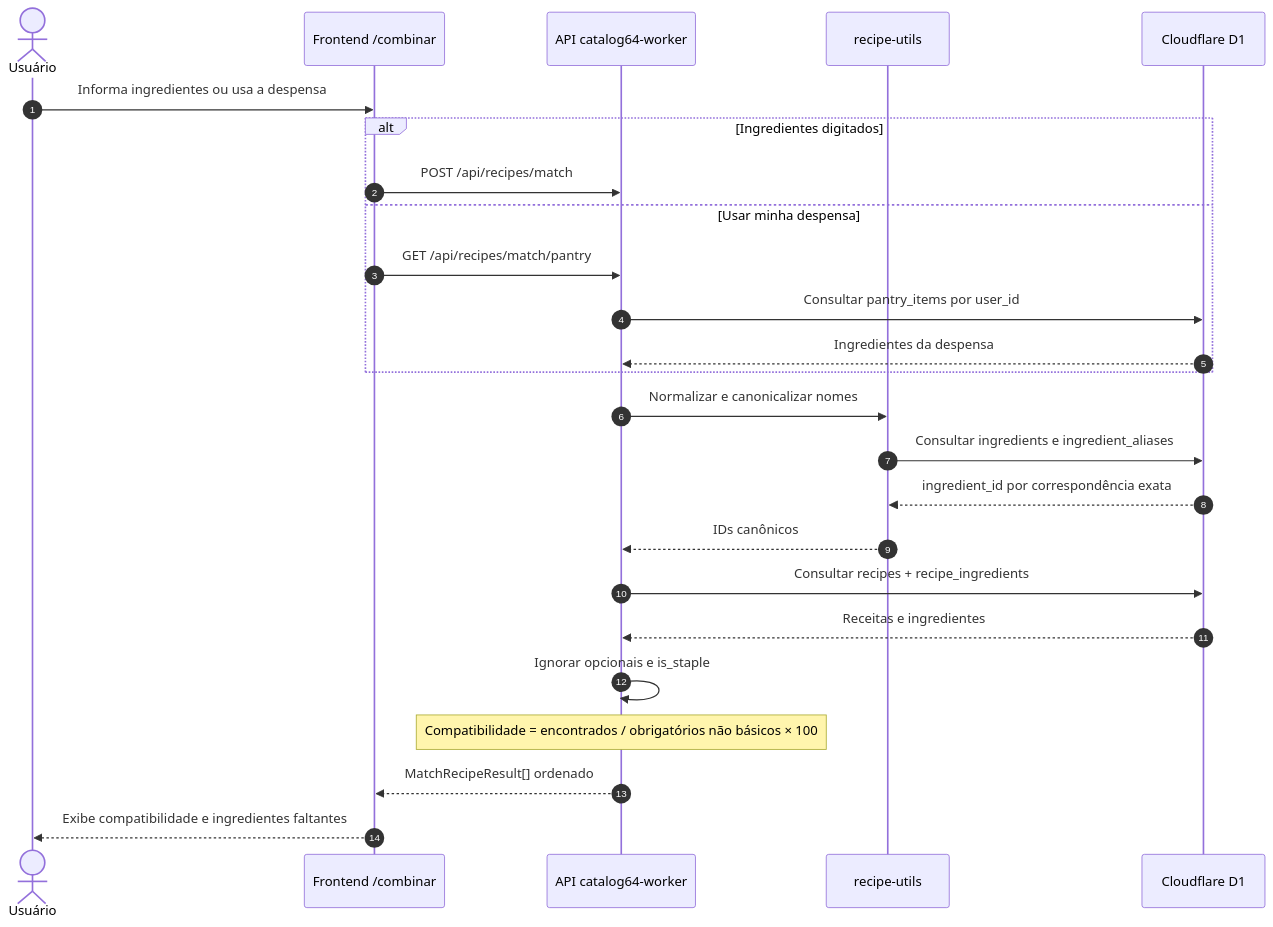
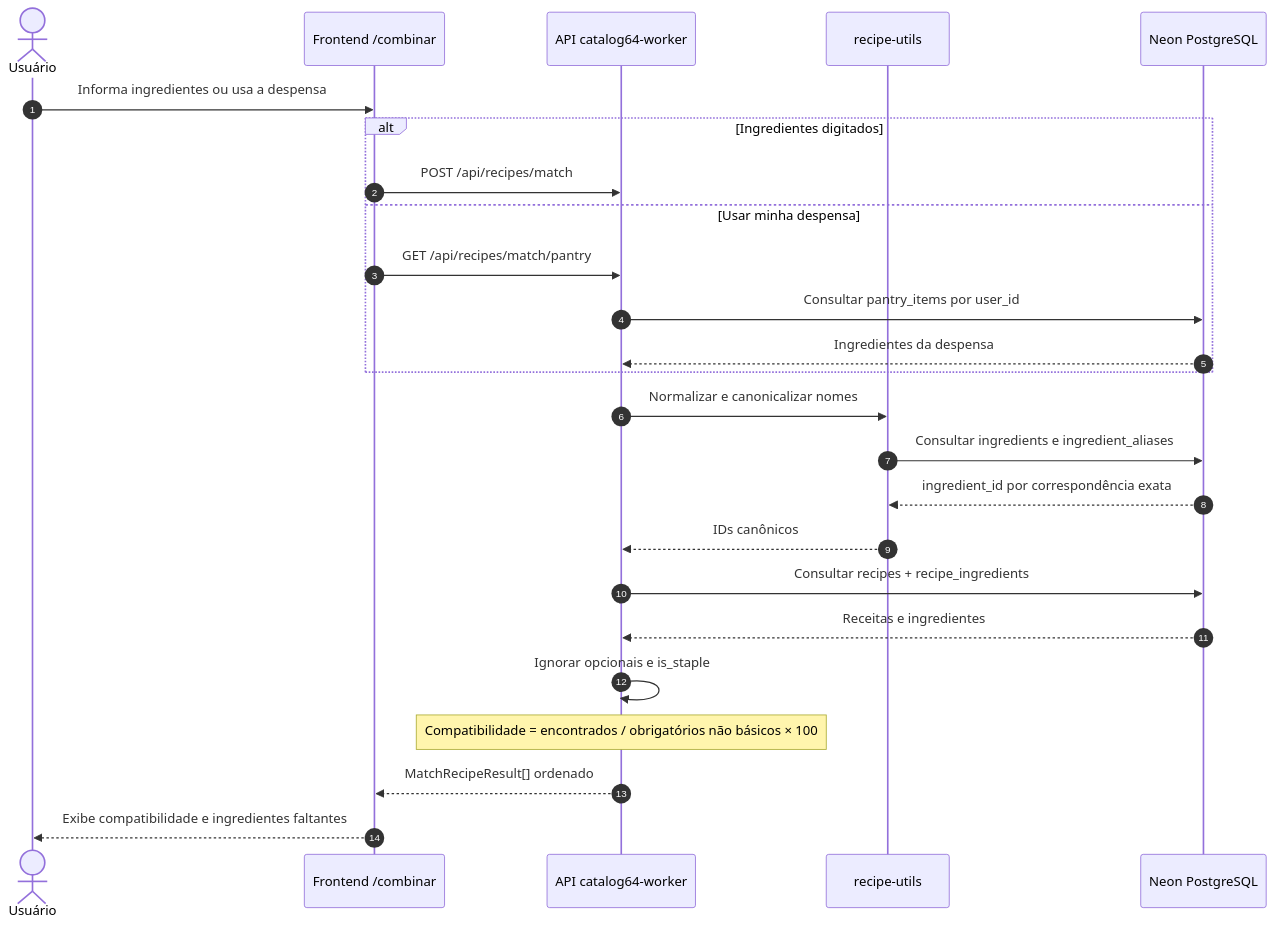
The diagram in docs/diagramas/sequencia-matching.md (pitado/receitando), drawn with Mermaid before and after one commit. The commit also changed other lines of this file and 71 other files, not shown here.

First line of the commit message:
Fase 4: System Design em PostgreSQL e documentação de escalabilidade

````diff
--- a/docs/diagramas/sequencia-matching.md
+++ b/docs/diagramas/sequencia-matching.md
@@ -7,28 +7,28 @@
 ```mermaid
 sequenceDiagram
     autonumber
     actor U as Usuário
     participant F as Frontend /combinar
     participant A as API catalog64-worker
     participant N as recipe-utils
-    participant D as Cloudflare D1
+    participant D as Neon PostgreSQL
 
     U->>F: Informa ingredientes ou usa a despensa
     alt Ingredientes digitados
         F->>A: POST /api/recipes/match
     else Usar minha despensa
         F->>A: GET /api/recipes/match/pantry
         A->>D: Consultar pantry_items por user_id
         D-->>A: Ingredientes da despensa
     end
     A->>N: Normalizar e canonicalizar nomes
     N->>D: Consultar ingredients e ingredient_aliases
     D-->>N: ingredient_id por correspondência exata
     N-->>A: IDs canônicos
     A->>D: Consultar recipes + recipe_ingredients
     D-->>A: Receitas e ingredientes
     A->>A: Ignorar opcionais e is_staple
     Note over A: Compatibilidade = encontrados / obrigatórios não básicos × 100
     A-->>F: MatchRecipeResult[] ordenado
     F-->>U: Exibe compatibilidade e ingredientes faltantes
 ```
````
